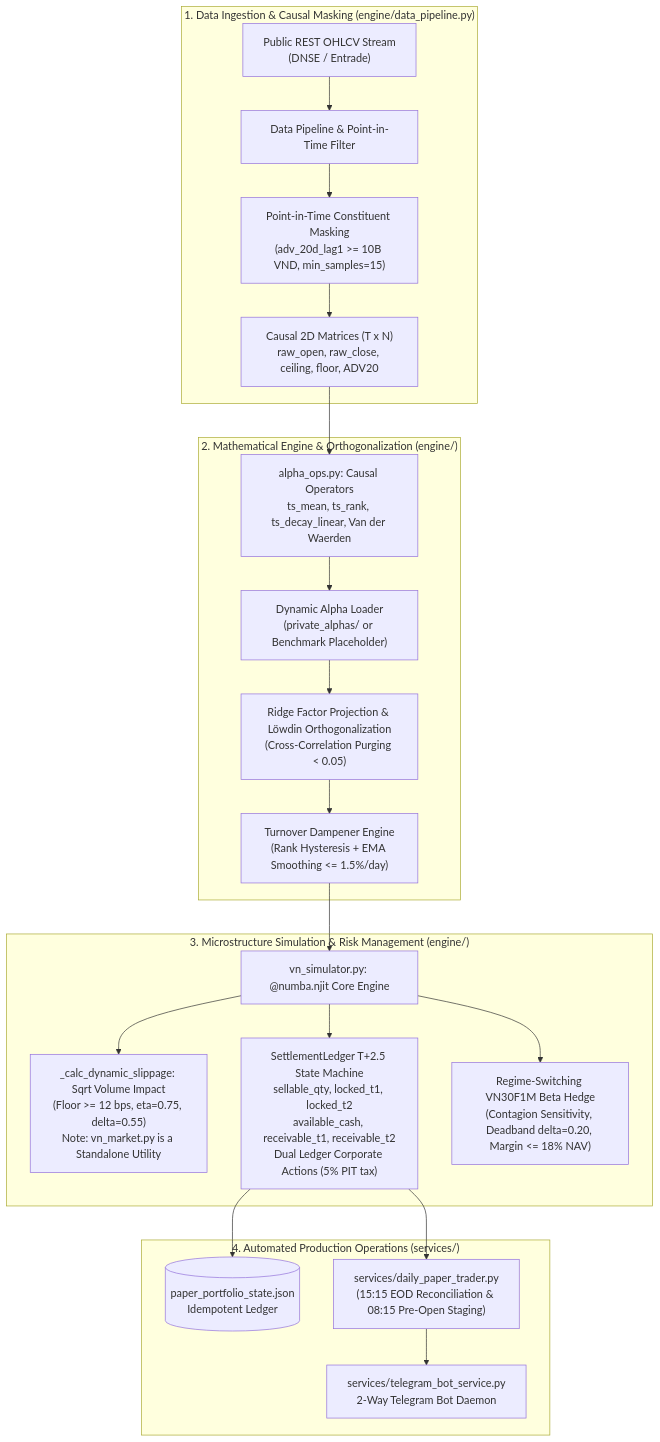
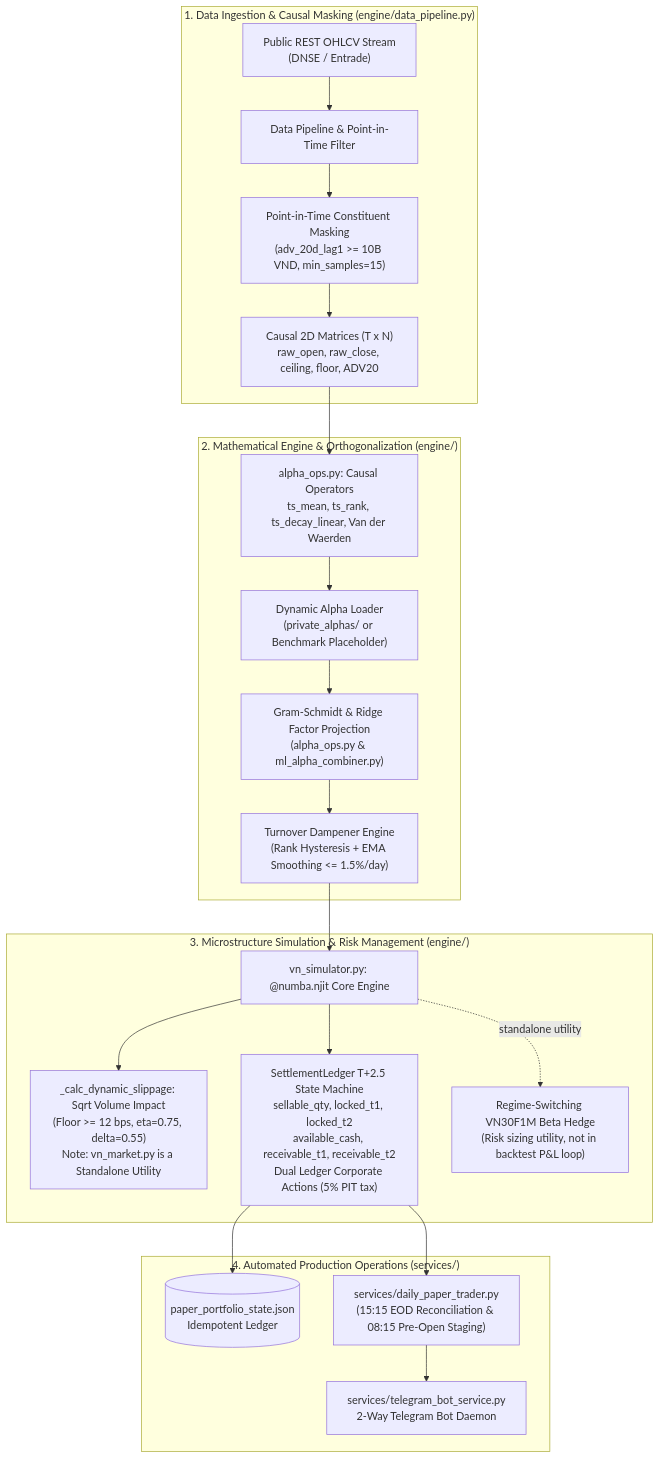
One commit to Vincent807759/lean-vn-quant changed the diagram in README.md. Above: the diagram before and after it, drawn with Mermaid. The commit also changed other lines of this file, not shown here.

Commit message:
docs(readme): fix architecture diagram, orthogonalization references, and test count

````diff
--- a/README.md
+++ b/README.md
@@ -23,28 +23,28 @@
 ```mermaid
 flowchart TD
     subgraph Data_Layer ["1. Data Ingestion & Causal Masking (engine/data_pipeline.py)"]
         API["Public REST OHLCV Stream<br/>(DNSE / Entrade)"] --> Fetcher["Data Pipeline & Point-in-Time Filter"]
         Fetcher --> Mask["Point-in-Time Constituent Masking<br/>(adv_20d_lag1 >= 10B VND, min_samples=15)"]
         Mask --> Matrix["Causal 2D Matrices (T x N)<br/>raw_open, raw_close, ceiling, floor, ADV20"]
     end
 
     subgraph Alpha_Layer ["2. Mathematical Engine & Orthogonalization (engine/)"]
         Matrix --> Ops["alpha_ops.py: Causal Operators<br/>ts_mean, ts_rank, ts_decay_linear, Van der Waerden"]
         Ops --> Plugin["Dynamic Alpha Loader<br/>(private_alphas/ or Benchmark Placeholder)"]
-        Plugin --> Ortho["Ridge Factor Projection & Löwdin Orthogonalization<br/>(Cross-Correlation Purging < 0.05)"]
+        Plugin --> Ortho["Gram-Schmidt & Ridge Factor Projection<br/>(alpha_ops.py & ml_alpha_combiner.py)"]
         Ortho --> Dampener["Turnover Dampener Engine<br/>(Rank Hysteresis + EMA Smoothing <= 1.5%/day)"]
     end
 
     subgraph Sim_Layer ["3. Microstructure Simulation & Risk Management (engine/)"]
         Dampener --> Simulator["vn_simulator.py: @numba.njit Core Engine"]
         Simulator --> Slippage["_calc_dynamic_slippage: Sqrt Volume Impact<br/>(Floor >= 12 bps, eta=0.75, delta=0.55)<br/>Note: vn_market.py is a Standalone Utility"]
         Simulator --> Ledger["SettlementLedger T+2.5 State Machine<br/>sellable_qty, locked_t1, locked_t2<br/>available_cash, receivable_t1, receivable_t2<br/>Dual Ledger Corporate Actions (5% PIT tax)"]
-        Simulator --> Hedge["Regime-Switching VN30F1M Beta Hedge<br/>(Contagion Sensitivity, Deadband delta=0.20, Margin <= 18% NAV)"]
+        Simulator -.->|standalone utility| Hedge["Regime-Switching VN30F1M Beta Hedge<br/>(Risk sizing utility, not in backtest P&L loop)"]
     end
 
     subgraph Ops_Layer ["4. Automated Production Operations (services/)"]
         Ledger --> StateJSON[("paper_portfolio_state.json<br/>Idempotent Ledger")]
         Ledger --> Trader["services/daily_paper_trader.py<br/>(15:15 EOD Reconciliation & 08:15 Pre-Open Staging)"]
         Trader --> Telegram["services/telegram_bot_service.py<br/>2-Way Telegram Bot Daemon"]
     end
 ```
````
